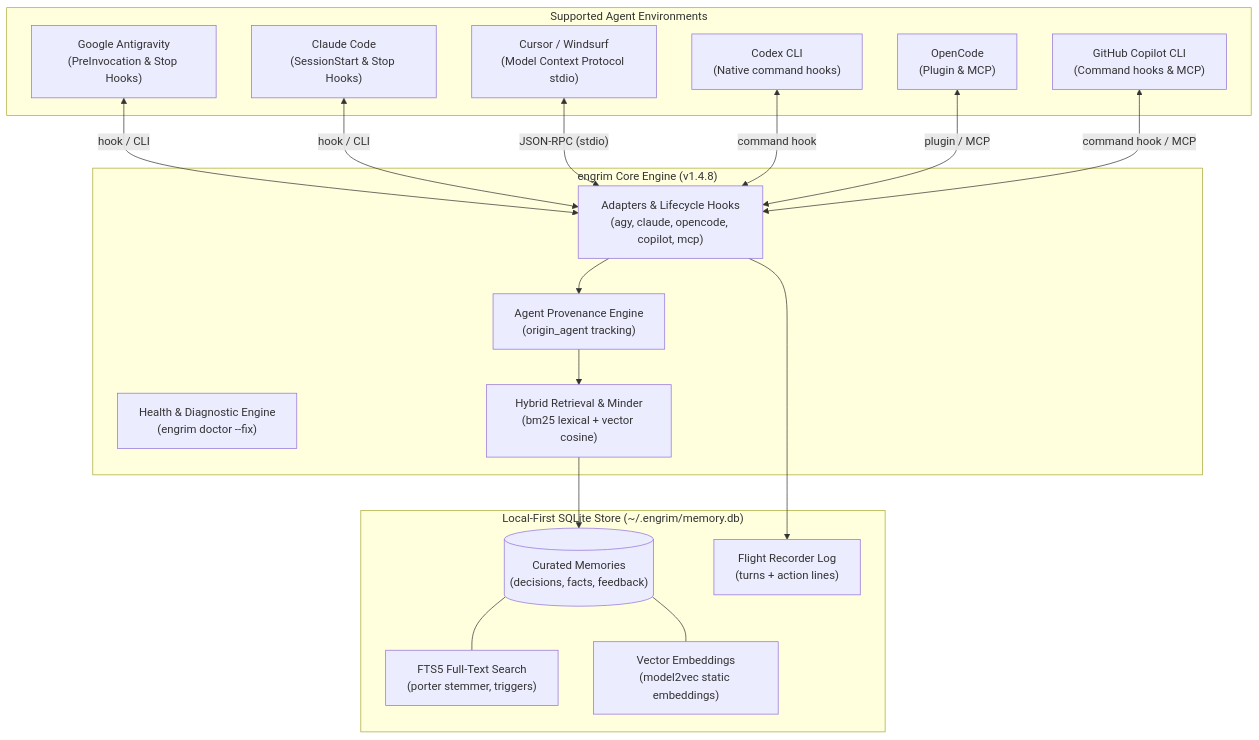
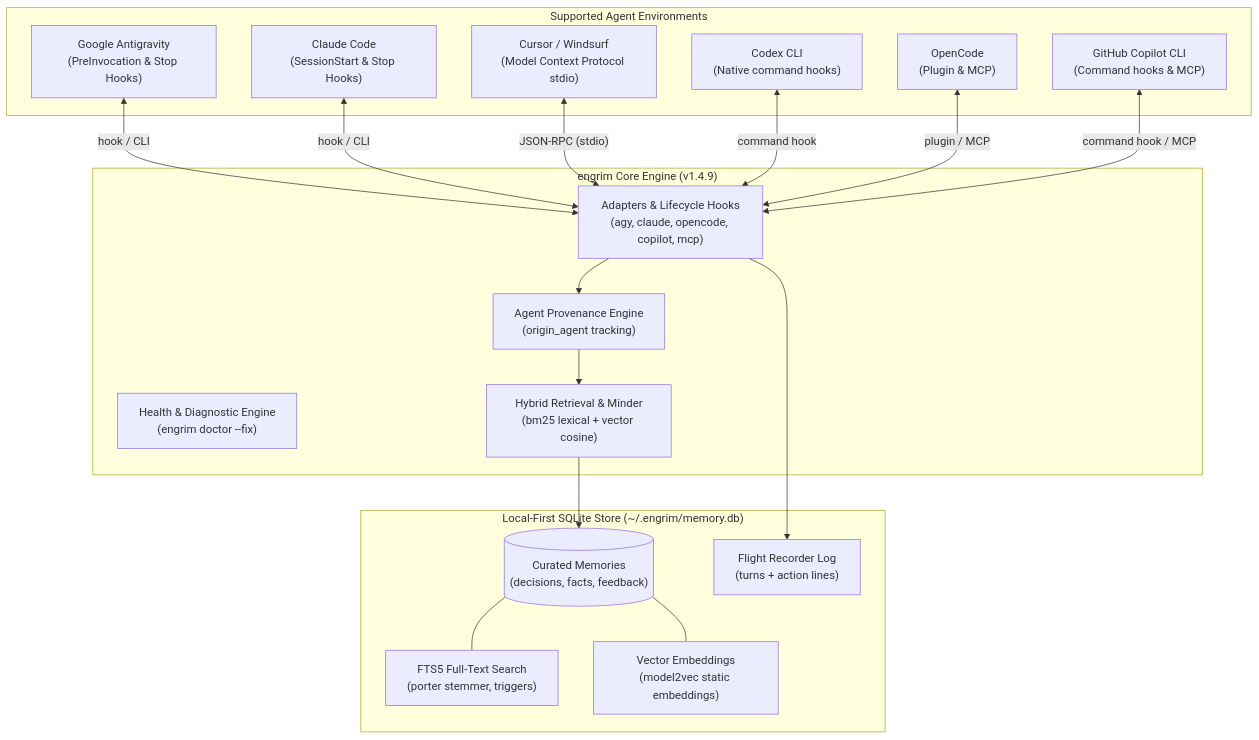
The diagram in README.md (HinchK/engrim), drawn with Mermaid before and after one commit. The commit also changed 10 other files, not shown here.

````diff
--- a/README.md
+++ b/README.md
@@ -39,38 +39,38 @@
 ```mermaid
 graph TD
     subgraph Agents ["Supported Agent Environments"]
         AGY["Google Antigravity<br/>(PreInvocation & Stop Hooks)"]
         CLAUDE["Claude Code<br/>(SessionStart & Stop Hooks)"]
         CURSOR["Cursor / Windsurf<br/>(Model Context Protocol stdio)"]
         CODEX["Codex CLI<br/>(Native command hooks)"]
         OPENCODE["OpenCode<br/>(Plugin & MCP)"]
         COPILOT["GitHub Copilot CLI<br/>(Command hooks & MCP)"]
     end
 
-    subgraph CoreEngine ["engrim Core Engine (v1.4.8)"]
+    subgraph CoreEngine ["engrim Core Engine (v1.4.9)"]
         ADAPTERS["Adapters & Lifecycle Hooks<br/>(agy, claude, opencode, copilot, mcp)"]
         DOCTOR["Health & Diagnostic Engine<br/>(engrim doctor --fix)"]
         PROVENANCE["Agent Provenance Engine<br/>(origin_agent tracking)"]
         ROUTER["Hybrid Retrieval & Minder<br/>(bm25 lexical + vector cosine)"]
     end
 
     subgraph Storage ["Local-First SQLite Store (~/.engrim/memory.db)"]
         MEMORIES[("Curated Memories<br/>(decisions, facts, feedback)")]
         FTS5["FTS5 Full-Text Search<br/>(porter stemmer, triggers)"]
         VEC["Vector Embeddings<br/>(model2vec static embeddings)"]
         LOG["Flight Recorder Log<br/>(turns + action lines)"]
     end
 
     AGY <-->|"hook / CLI"| ADAPTERS
     CLAUDE <-->|"hook / CLI"| ADAPTERS
     CURSOR <-->|"JSON-RPC (stdio)"| ADAPTERS
     CODEX <-->|"command hook"| ADAPTERS
     OPENCODE <-->|"plugin / MCP"| ADAPTERS
     COPILOT <-->|"command hook / MCP"| ADAPTERS
     ADAPTERS --> PROVENANCE
     PROVENANCE --> ROUTER
     ROUTER --> MEMORIES
     MEMORIES --- FTS5
     MEMORIES --- VEC
     ADAPTERS --> LOG
 ```
````
